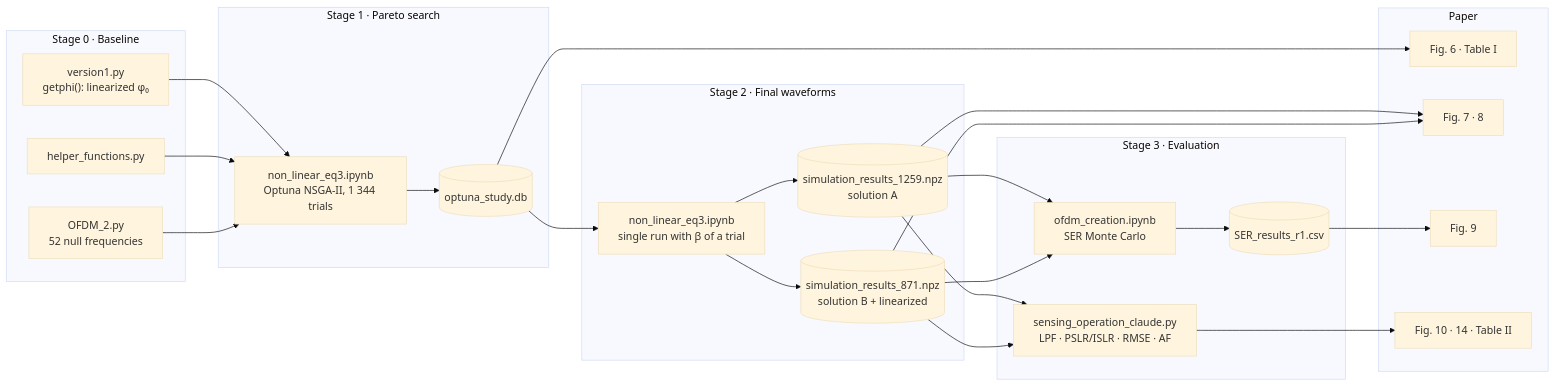
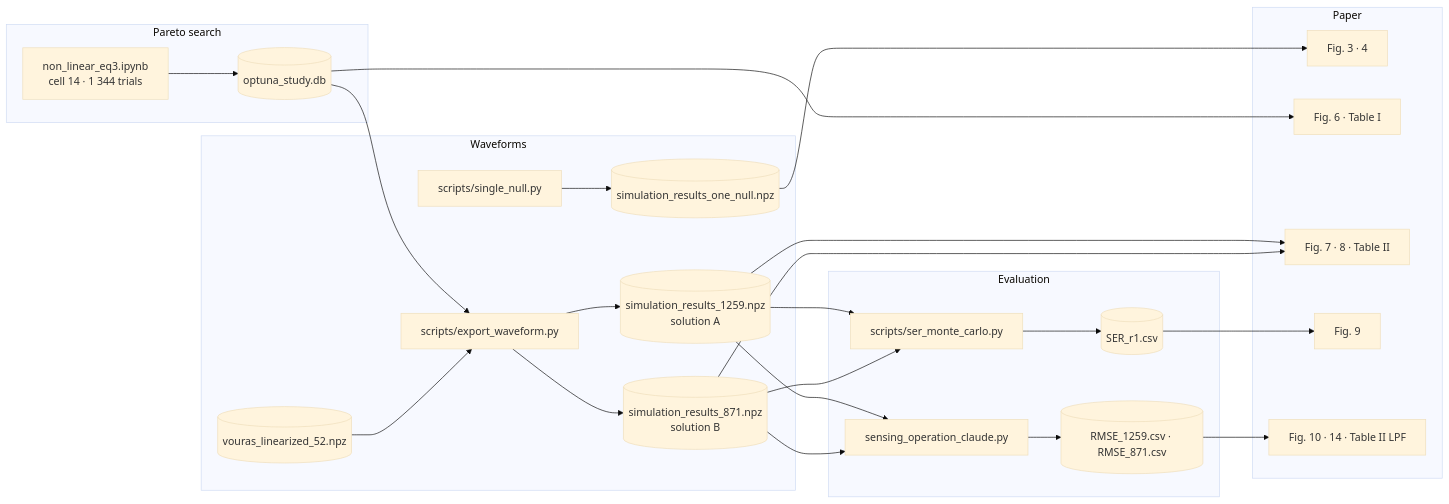
The diagram in README.md (Harel68/example), drawn with Mermaid (base theme) before and after one commit. The commit also changed other lines of this file, not shown here.

````diff
--- a/README.md
+++ b/README.md
@@ -181,43 +169,42 @@
 ```mermaid
 flowchart LR
-    subgraph S0["Stage 0 · Baseline"]
-        V["version1.py<br/>getphi(): linearized φ₀"]
-        H["helper_functions.py"]
-        O["OFDM_2.py<br/>52 null frequencies"]
-    end
-    subgraph S1["Stage 1 · Pareto search"]
-        NB1["non_linear_eq3.ipynb<br/>Optuna NSGA-II, 1 344 trials"]
+    subgraph S1["Pareto search"]
+        NB1["non_linear_eq3.ipynb<br/>cell 14 · 1 344 trials"]
         DB[("optuna_study.db")]
     end
-    subgraph S2["Stage 2 · Final waveforms"]
-        NB2["non_linear_eq3.ipynb<br/>single run with β of a trial"]
+    subgraph S2["Waveforms"]
+        EX["scripts/export_waveform.py"]
+        VL[("vouras_linearized_52.npz")]
         A[("simulation_results_1259.npz<br/>solution A")]
-        B[("simulation_results_871.npz<br/>solution B + linearized")]
+        B[("simulation_results_871.npz<br/>solution B")]
+        SN["scripts/single_null.py"]
+        ON[("simulation_results_one_null.npz")]
     end
-    subgraph S3["Stage 3 · Evaluation"]
-        COM["ofdm_creation.ipynb<br/>SER Monte Carlo"]
-        CSV[("SER_results_r1.csv")]
-        SEN["sensing_operation_claude.py<br/>LPF · PSLR/ISLR · RMSE · AF"]
+    subgraph S3["Evaluation"]
+        SER["scripts/ser_monte_carlo.py"]
+        CSV[("SER_r1.csv")]
+        SEN["sensing_operation_claude.py"]
+        RM[("RMSE_1259.csv · RMSE_871.csv")]
     end
     subgraph OUT["Paper"]
+        F34["Fig. 3 · 4"]
         F6["Fig. 6 · Table I"]
-        F78["Fig. 7 · 8"]
+        F78["Fig. 7 · 8 · Table II"]
         F9["Fig. 9"]
-        F10["Fig. 10 · 14 · Table II"]
+        F10["Fig. 10 · 14 · Table II LPF"]
     end
-    V --> NB1
-    H --> NB1
-    O --> NB1
-    NB1 --> DB --> NB2
-    NB2 --> A
-    NB2 --> B
-    A --> COM
-    B --> COM
-    COM --> CSV --> F9
-    A --> SEN
-    B --> SEN
-    SEN --> F10
+    NB1 --> DB --> EX
+    VL --> EX
+    EX --> A
+    EX --> B
+    SN --> ON --> F34
     DB --> F6
     A --> F78
     B --> F78
+    A --> SER
+    B --> SER
+    SER --> CSV --> F9
+    A --> SEN
+    B --> SEN
+    SEN --> RM --> F10
 ```
````
